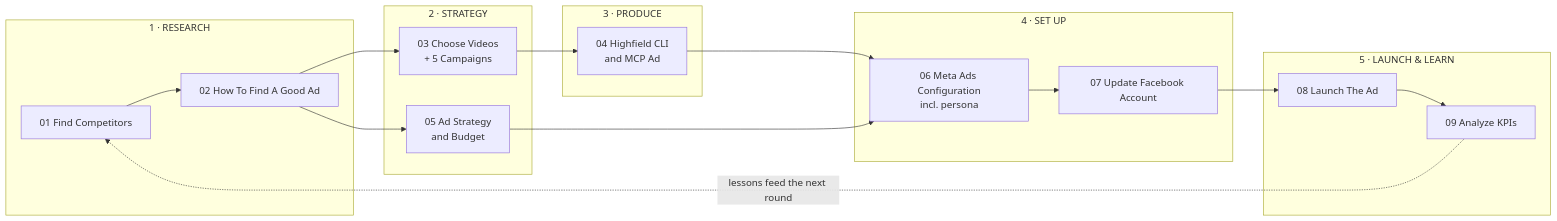
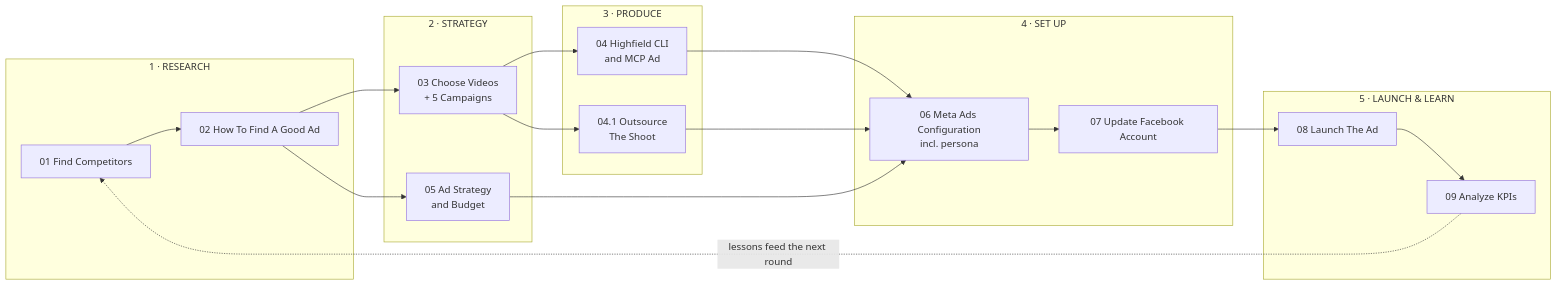
The diagram in brain/process/meta-ads/README.md (mrcnw/winkypie-marketing), drawn with Mermaid before and after one commit. The commit also changed other lines of this file and 1 other file, not shown here.

````diff
--- a/brain/process/meta-ads/README.md
+++ b/brain/process/meta-ads/README.md
@@ -58,26 +58,29 @@
 ```mermaid
 flowchart LR
   subgraph R["1 · RESEARCH"]
     T1["01 Find Competitors"] --> T2["02 How To Find A Good Ad"]
   end
   subgraph S["2 · STRATEGY"]
     T3["03 Choose Videos<br/>+ 5 Campaigns"]
     T5["05 Ad Strategy<br/>and Budget"]
   end
   subgraph P["3 · PRODUCE"]
     T4["04 Highfield CLI<br/>and MCP Ad"]
+    T41["04.1 Outsource<br/>The Shoot"]
   end
   subgraph U["4 · SET UP"]
     T6["06 Meta Ads Configuration<br/>incl. persona"] --> T7["07 Update Facebook Account"]
   end
   subgraph L["5 · LAUNCH & LEARN"]
     T8["08 Launch The Ad"] --> T9["09 Analyze KPIs"]
   end
   T2 --> T3
   T2 --> T5
   T3 --> T4
+  T3 --> T41
   T4 --> T6
+  T41 --> T6
   T5 --> T6
   T7 --> T8
   T9 -. "lessons feed the next round" .-> T1
 ```
````
